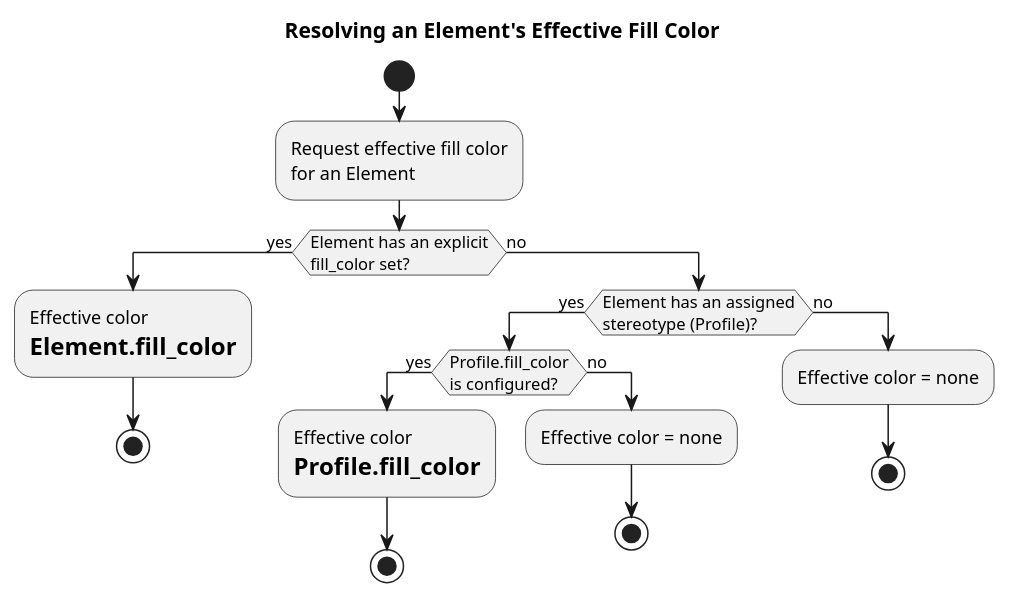
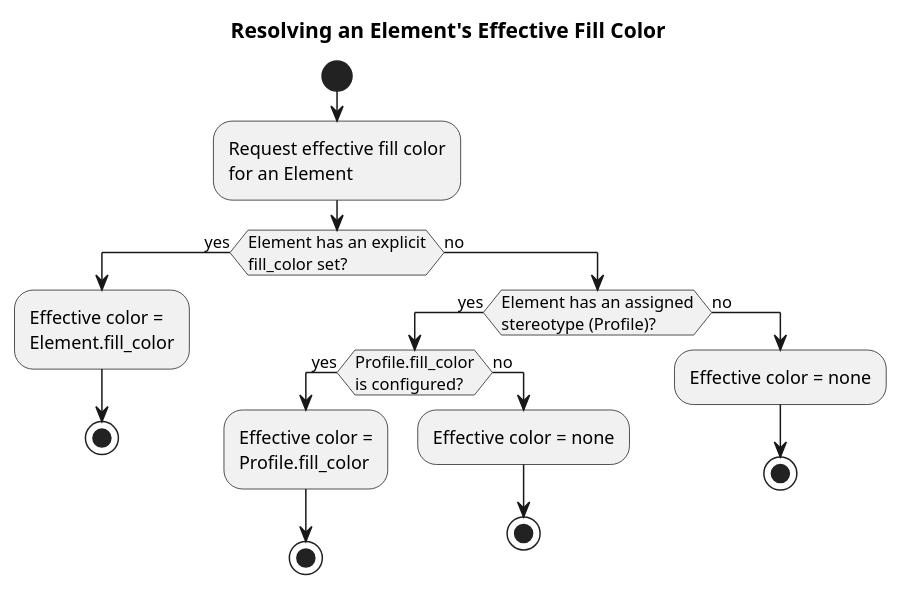
One commit to pyArchimate/pyArchimate changed the seventh of 7 diagrams in specs/017-stereotype-colors/spec.md. Above: the diagram before and after it, drawn with PlantUML. The commit also changed other lines of this file, not shown here.

````diff
--- a/specs/017-stereotype-colors/spec.md
+++ b/specs/017-stereotype-colors/spec.md
@@ -258,26 +317,26 @@
 ```plantuml
 @startuml
 title Resolving an Element's Effective Fill Color
 
 start
 :Request effective fill color\nfor an Element;
 
 if (Element has an explicit\nfill_color set?) then (yes)
-  :Effective color\n= Element.fill_color;
+  :Effective color =\nElement.fill_color;
   stop
 else (no)
   if (Element has an assigned\nstereotype (Profile)?) then (yes)
     if (Profile.fill_color\nis configured?) then (yes)
-      :Effective color\n= Profile.fill_color;
+      :Effective color =\nProfile.fill_color;
       stop
     else (no)
       :Effective color = none;
       stop
     endif
   else (no)
     :Effective color = none;
     stop
   endif
 endif
 @enduml
 ```
````
